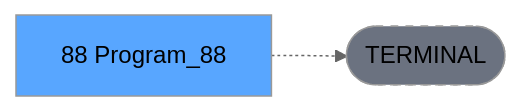
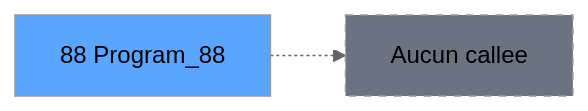
Before and after one commit to thonyAGP/lecteur-magic: the third of 3 diagrams in .openspec/specs/ADH-IDE-88.md, drawn with Mermaid (neutral theme). The commit also changed other lines of this file and 96 other files, not shown here.

````diff
--- a/.openspec/specs/ADH-IDE-88.md
+++ b/.openspec/specs/ADH-IDE-88.md
@@ -134,8 +121,8 @@
 ```mermaid
 graph LR
-    T[88 Program_88]
-    TERM([TERMINAL])
-    T -.-> TERM
-    style TERM fill:#6b7280,stroke-dasharray: 5 5
-    style T fill:#58a6ff,color:#000
+    T88[88 Program_88]
+    style T88 fill:#58a6ff
+    NONE[Aucun callee]
+    T88 -.-> NONE
+    style NONE fill:#6b7280,stroke-dasharray: 5 5
 ```
````
